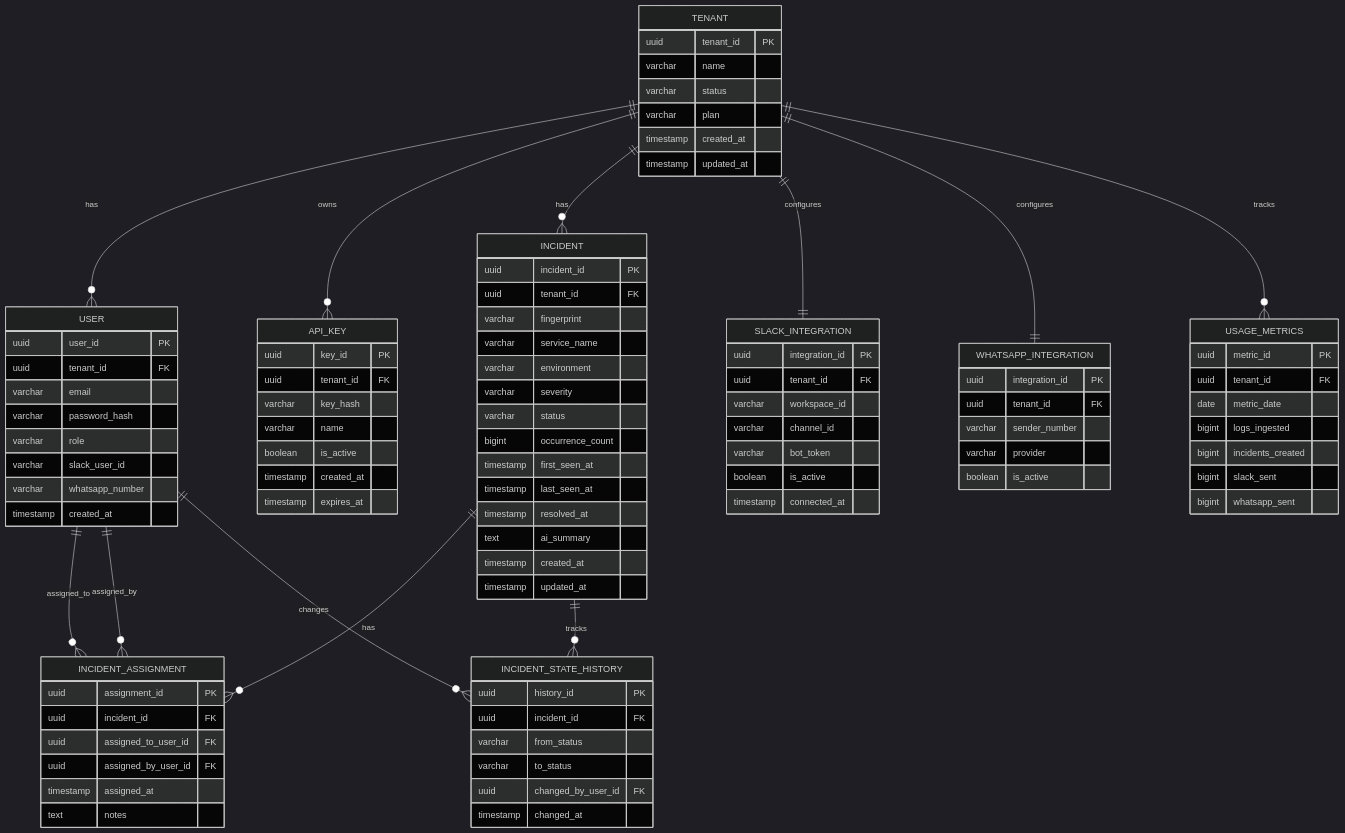
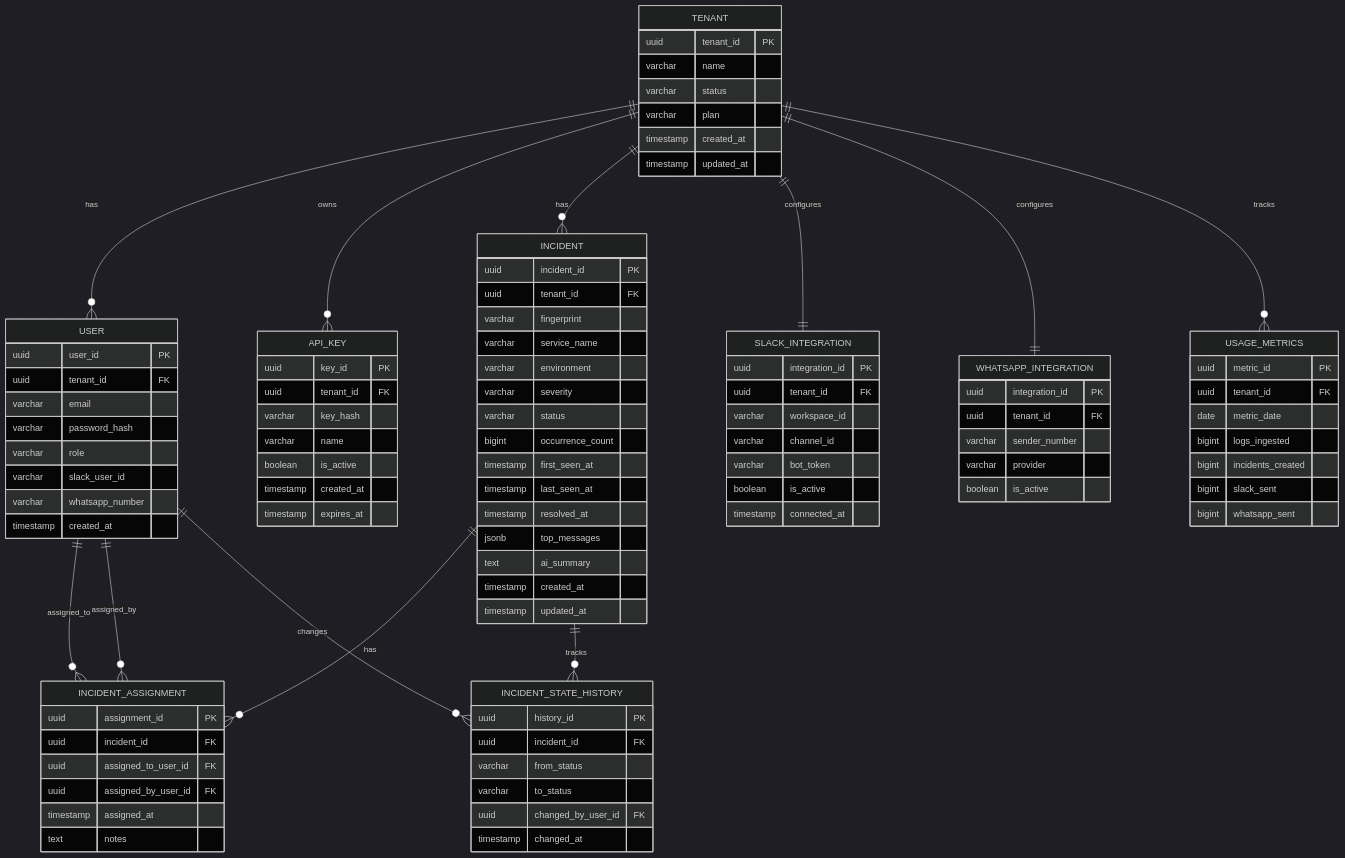
Before and after one commit to ashmitjsg/log0-website: the seventh of 8 diagrams in content/docs/architecture/lld-uml.mdx, drawn with Mermaid (dark theme). The commit also changed other lines of this file and 1 other file, not shown here.

Commit message:
feat: [log0-docs] mark Notification Service complete — ROADMAP and lld-uml updated, MVP at 60%

```diff
--- a/content/docs/architecture/lld-uml.mdx
+++ b/content/docs/architecture/lld-uml.mdx
@@ -729,6 +800,7 @@
         timestamp first_seen_at
         timestamp last_seen_at
         timestamp resolved_at
+        jsonb top_messages
         text ai_summary
         timestamp created_at
         timestamp updated_at
```
